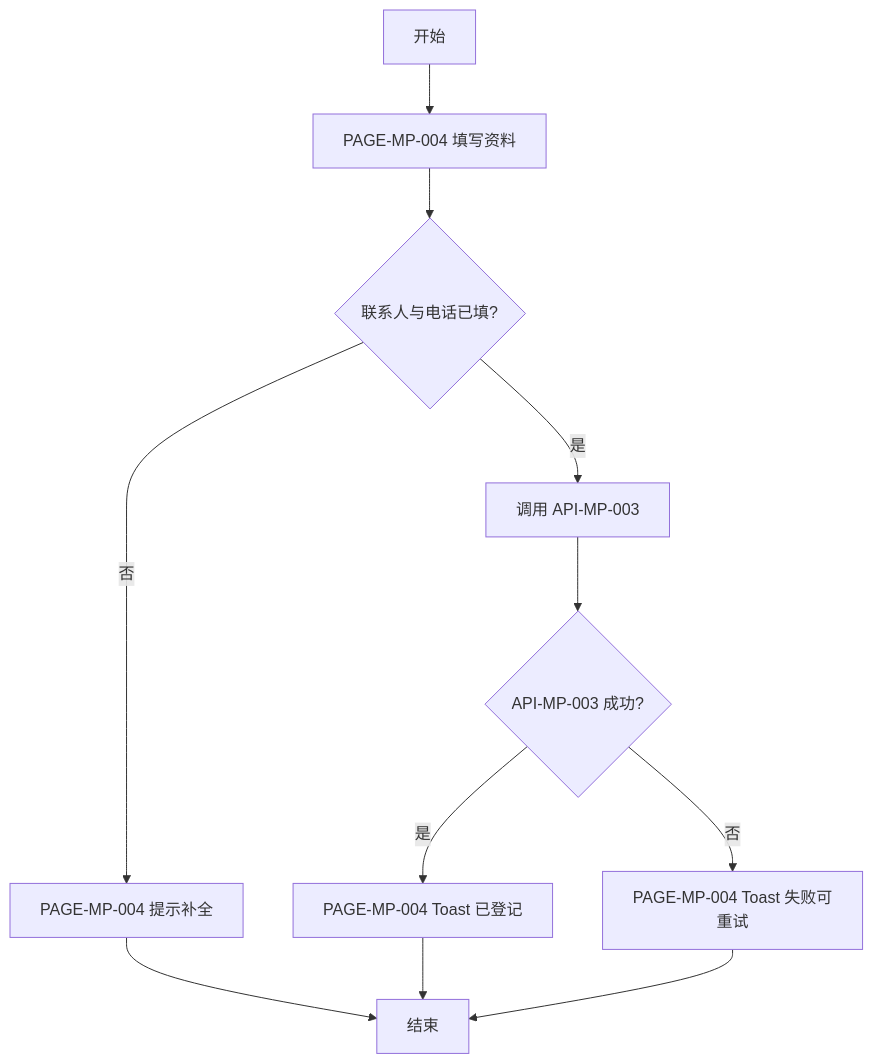
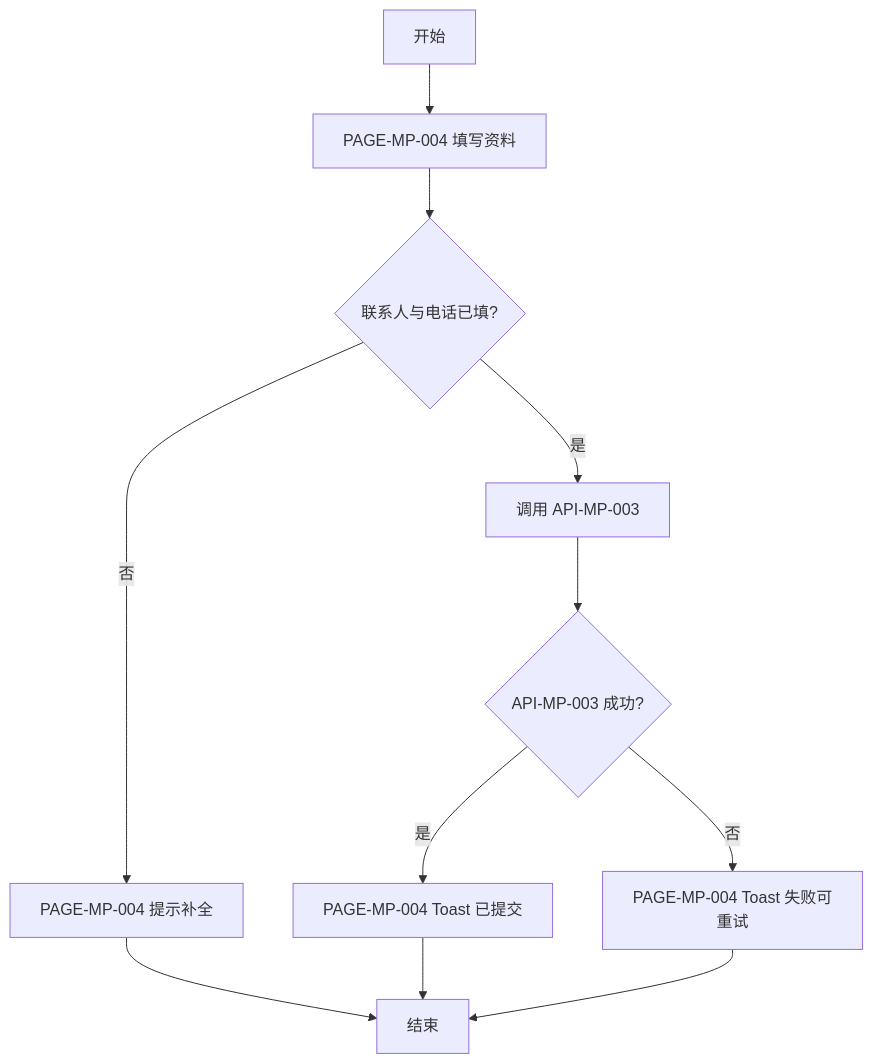
The second of 2 diagrams in examples/mini-shop/feature/FEATURE-003.md (NingYuanLee/lny-prd-master), drawn with Mermaid before and after one commit. The commit also changed other lines of this file and 112 other files, not shown here.

````diff
--- a/examples/mini-shop/feature/FEATURE-003.md
+++ b/examples/mini-shop/feature/FEATURE-003.md
@@ -58,13 +58,13 @@
 ```mermaid
 flowchart TD
     startNode[开始] --> fillForm[PAGE-MP-004 填写资料]
     fillForm --> valid{联系人与电话已填?}
     valid -->|否| hint[PAGE-MP-004 提示补全]
     valid -->|是| callApi[调用 API-MP-003]
     callApi --> ok{API-MP-003 成功?}
-    ok -->|是| doneToast[PAGE-MP-004 Toast 已登记]
+    ok -->|是| doneToast[PAGE-MP-004 Toast 已提交]
     ok -->|否| failToast[PAGE-MP-004 Toast 失败可重试]
     hint --> finished[结束]
     doneToast --> finished
     failToast --> finished
 ```
````
